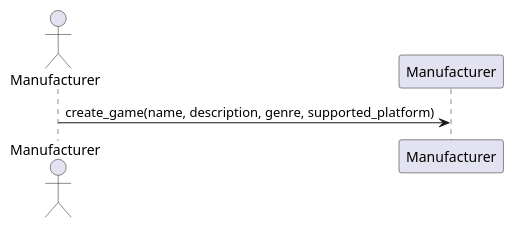
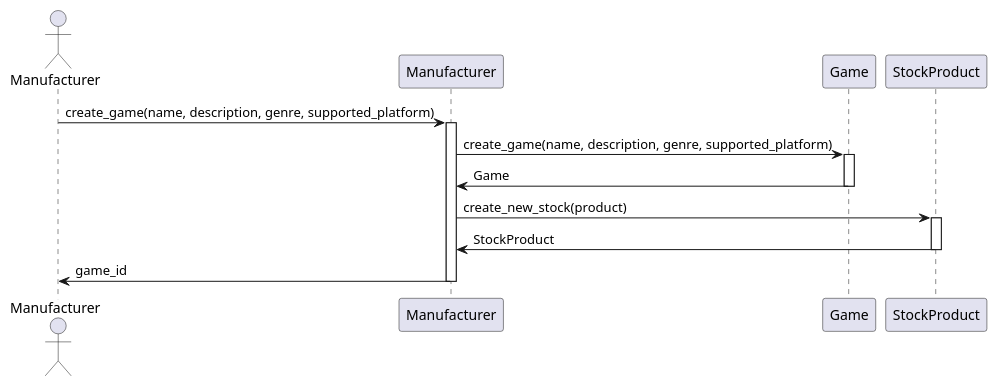
The diagram in SequenceDiagram/sequence_diagram_create_game.puml (WaroonRagwongsiri/OOP_Project), drawn with PlantUML before and after one commit. The commit also changed 1 other file, not shown here.

Commit message:
class diagram + seq create_game diagram

```diff
--- a/SequenceDiagram/sequence_diagram_create_game.puml
+++ b/SequenceDiagram/sequence_diagram_create_game.puml
@@ -1,9 +1,27 @@
 @startuml SequenceDiagramCreateGame
 
 actor Manufacturer as A_Manufacturer
 
 participant Manufacturer as P_Manufacturer
+participant Game
+participant StockProduct
 
 A_Manufacturer -> P_Manufacturer : create_game(name, description, genre, supported_platform)
+activate P_Manufacturer
+
+P_Manufacturer -> Game : create_game(name, description, genre, supported_platform)
+activate Game
+
+Game -> P_Manufacturer : Game
+deactivate Game
+
+P_Manufacturer -> StockProduct : create_new_stock(product)
+activate StockProduct
+
+StockProduct -> P_Manufacturer : StockProduct
+deactivate StockProduct
+
+P_Manufacturer -> A_Manufacturer : game_id
+deactivate P_Manufacturer
 
 @enduml
```
